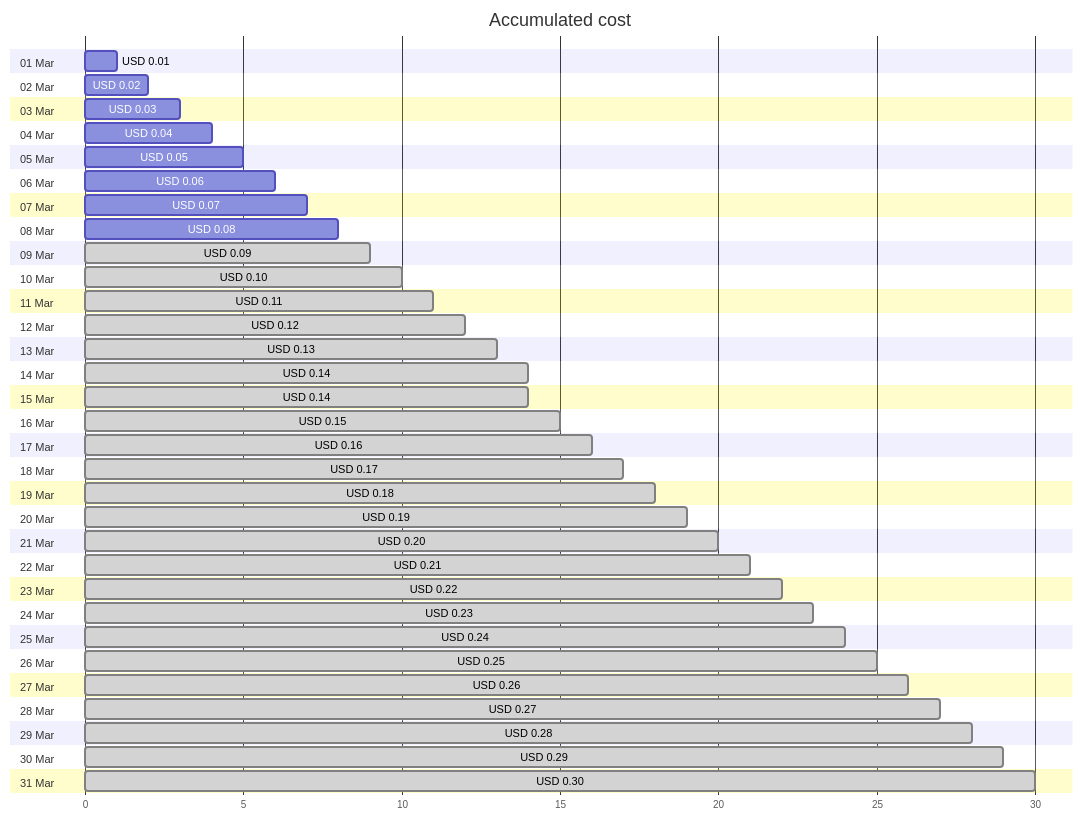
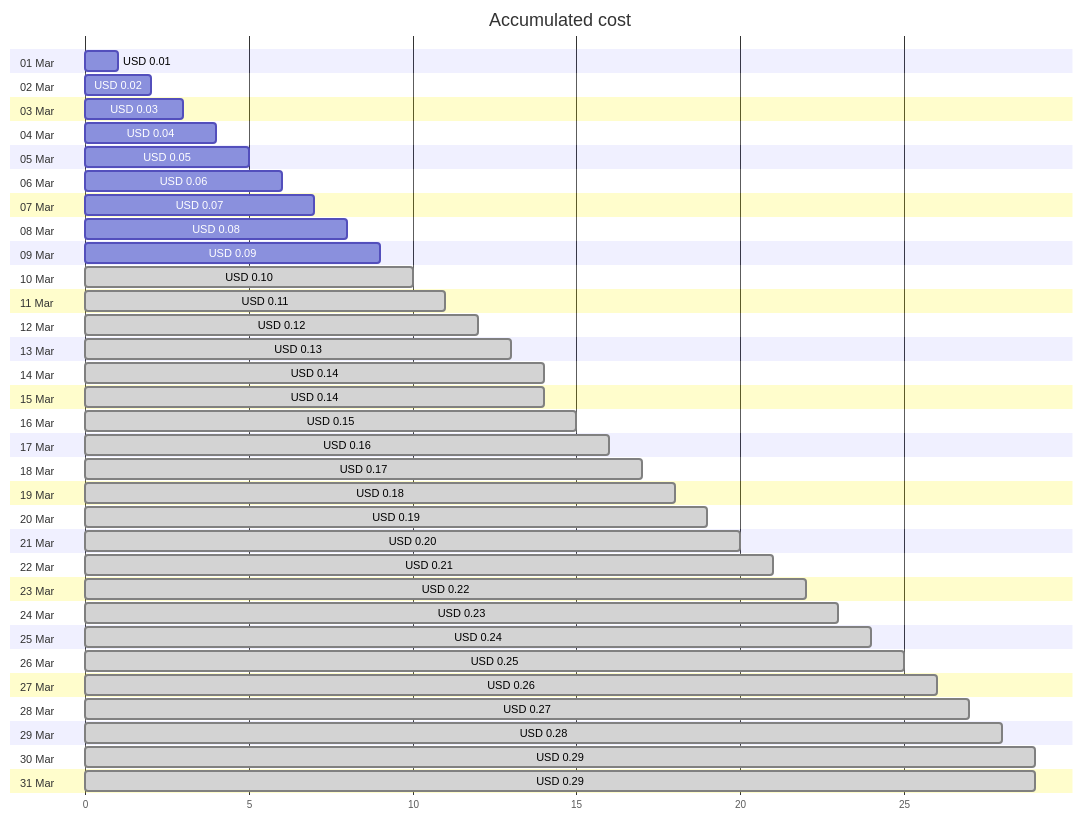
The first of 4 diagrams in cost-reports/cloud-shell-storage-eastus/README.md (jpfulton/azure-personal-reports), drawn with Mermaid before and after one commit. The commit also changed other lines of this file and 1 other file, not shown here.

````diff
--- a/cost-reports/cloud-shell-storage-eastus/README.md
+++ b/cost-reports/cloud-shell-storage-eastus/README.md
@@ -20,68 +20,68 @@
 ```mermaid
 gantt
    title Accumulated cost
    dateFormat  X
    axisFormat %s
    section 01 Mar
    USD 0.01 :0, 1
    section 02 Mar
    USD 0.02 :0, 2
    section 03 Mar
    USD 0.03 :0, 3
    section 04 Mar
    USD 0.04 :0, 4
    section 05 Mar
    USD 0.05 :0, 5
    section 06 Mar
    USD 0.06 :0, 6
    section 07 Mar
    USD 0.07 :0, 7
    section 08 Mar
    USD 0.08 :0, 8
    section 09 Mar
-   USD 0.09 : done, 0, 9
+   USD 0.09 :0, 9
    section 10 Mar
    USD 0.10 : done, 0, 10
    section 11 Mar
    USD 0.11 : done, 0, 11
    section 12 Mar
    USD 0.12 : done, 0, 12
    section 13 Mar
    USD 0.13 : done, 0, 13
    section 14 Mar
    USD 0.14 : done, 0, 14
    section 15 Mar
    USD 0.14 : done, 0, 14
    section 16 Mar
    USD 0.15 : done, 0, 15
    section 17 Mar
    USD 0.16 : done, 0, 16
    section 18 Mar
    USD 0.17 : done, 0, 17
    section 19 Mar
    USD 0.18 : done, 0, 18
    section 20 Mar
    USD 0.19 : done, 0, 19
    section 21 Mar
    USD 0.20 : done, 0, 20
    section 22 Mar
    USD 0.21 : done, 0, 21
    section 23 Mar
    USD 0.22 : done, 0, 22
    section 24 Mar
    USD 0.23 : done, 0, 23
    section 25 Mar
    USD 0.24 : done, 0, 24
    section 26 Mar
    USD 0.25 : done, 0, 25
    section 27 Mar
    USD 0.26 : done, 0, 26
    section 28 Mar
    USD 0.27 : done, 0, 27
    section 29 Mar
    USD 0.28 : done, 0, 28
    section 30 Mar
    USD 0.29 : done, 0, 29
    section 31 Mar
-   USD 0.30 : done, 0, 30
+   USD 0.29 : done, 0, 29
 ```
````
